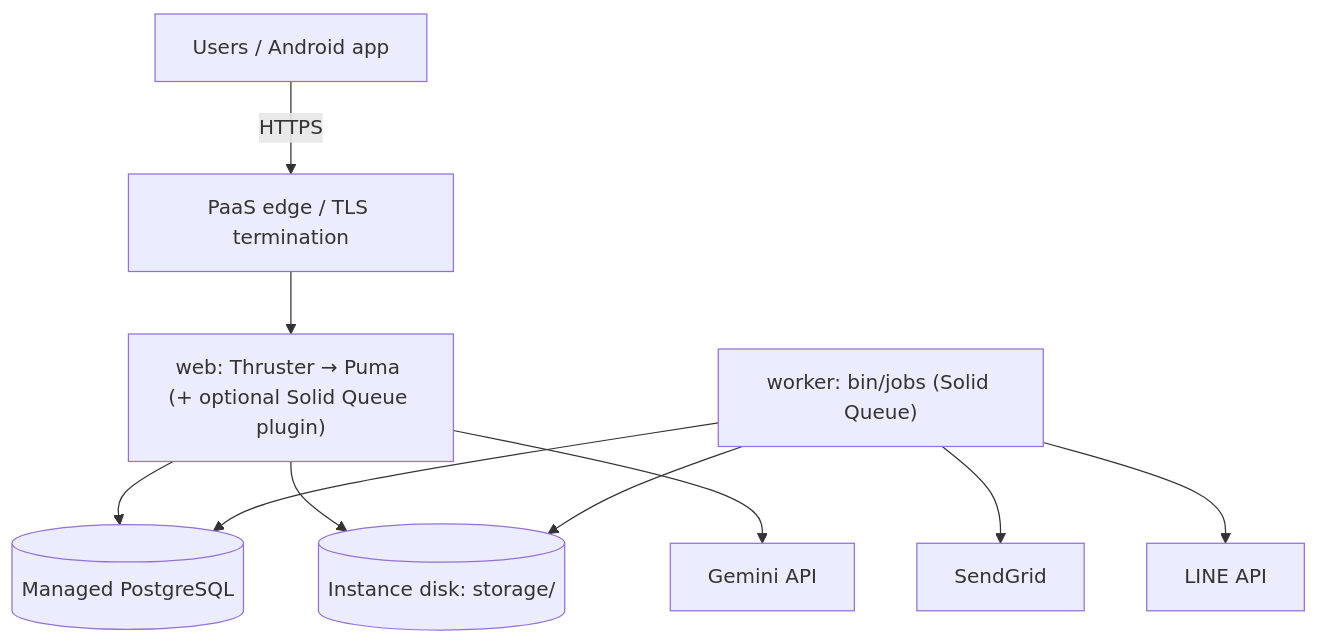
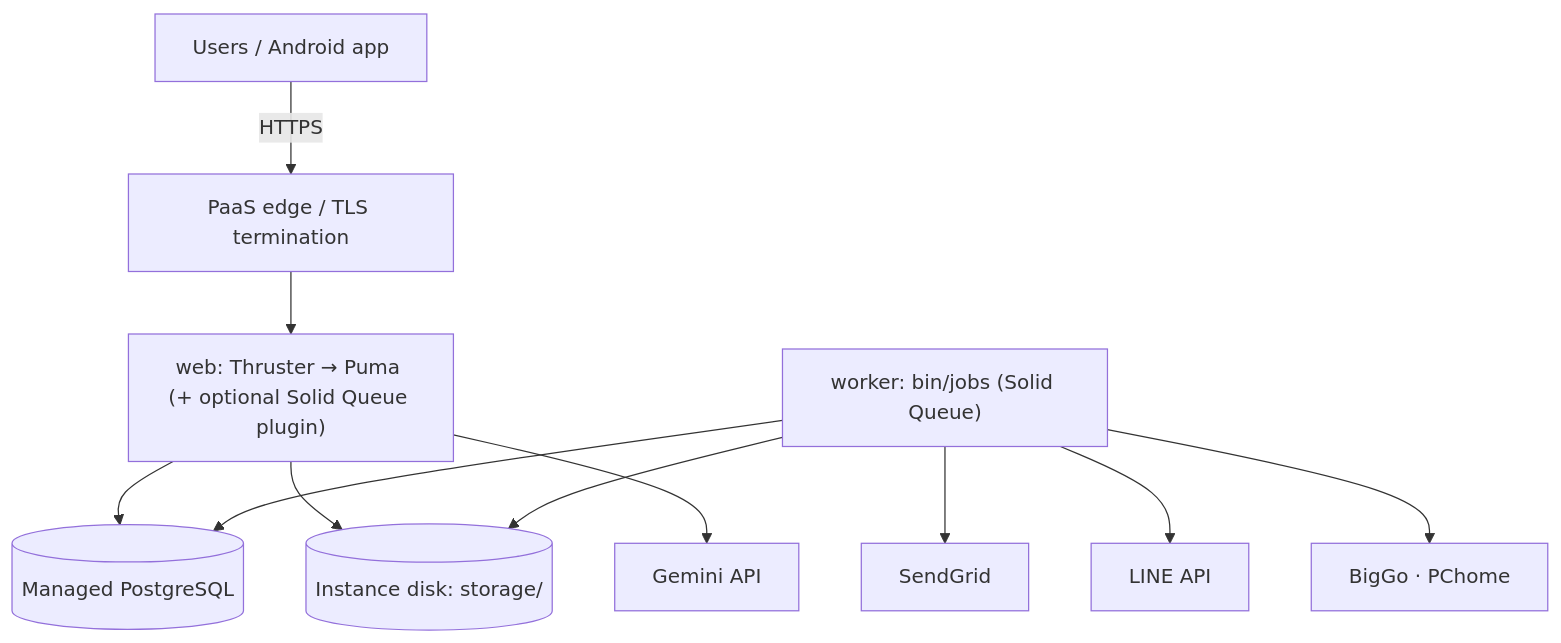
One commit to yuhruh/Pet_Feeding_Tracker_v4 changed the seventh of 7 diagrams in ARCHITECTURE.md. Above: the diagram before and after it, drawn with Mermaid. The commit also changed other lines of this file and 1 other file, not shown here.

First line of the commit message:
docs: cover the kibble price check in the architecture and usage docs

````diff
--- a/ARCHITECTURE.md
+++ b/ARCHITECTURE.md
@@ -885,12 +980,13 @@
 ```mermaid
 flowchart TB
   U["Users / Android app"] -->|HTTPS| LB["PaaS edge / TLS termination"]
   LB --> W["web: Thruster → Puma (+ optional Solid Queue plugin)"]
   W --> PG[("Managed PostgreSQL")]
   JW["worker: bin/jobs (Solid Queue)"] --> PG
   W --> D[("Instance disk: storage/")]
   JW --> D
   JW --> SG["SendGrid"]
   JW --> LN["LINE API"]
+  JW --> KP["BigGo · PChome"]
   W --> GM["Gemini API"]
 ```
````
